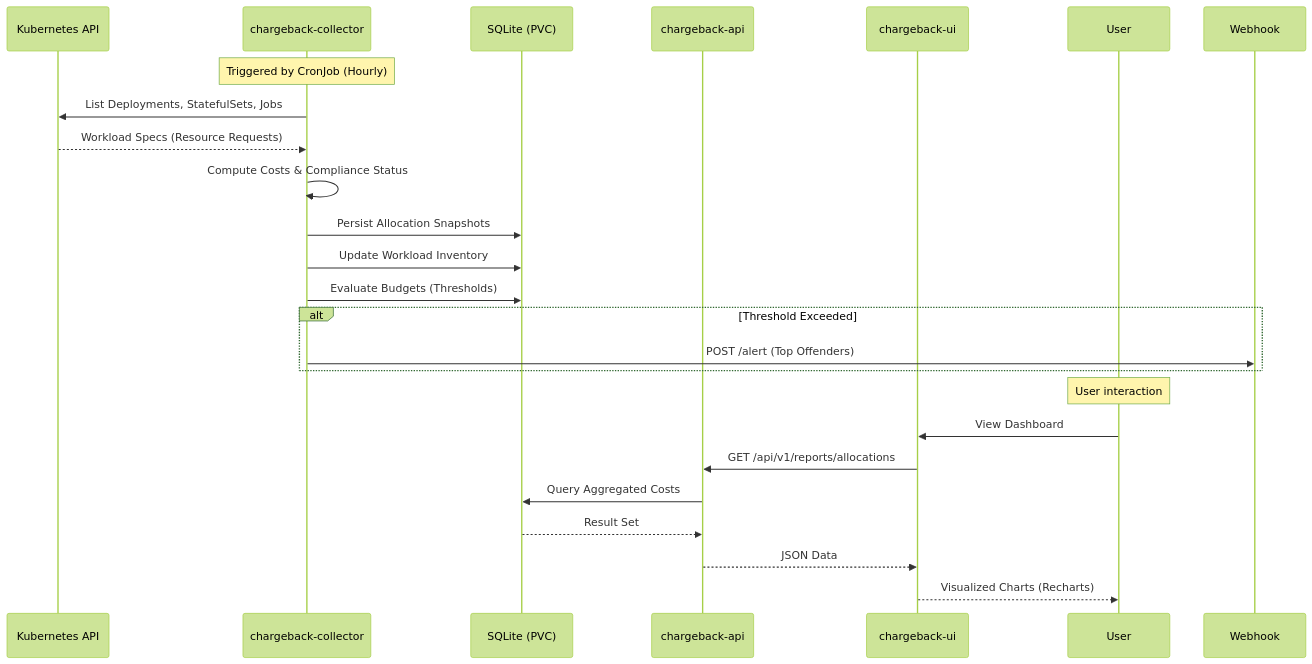
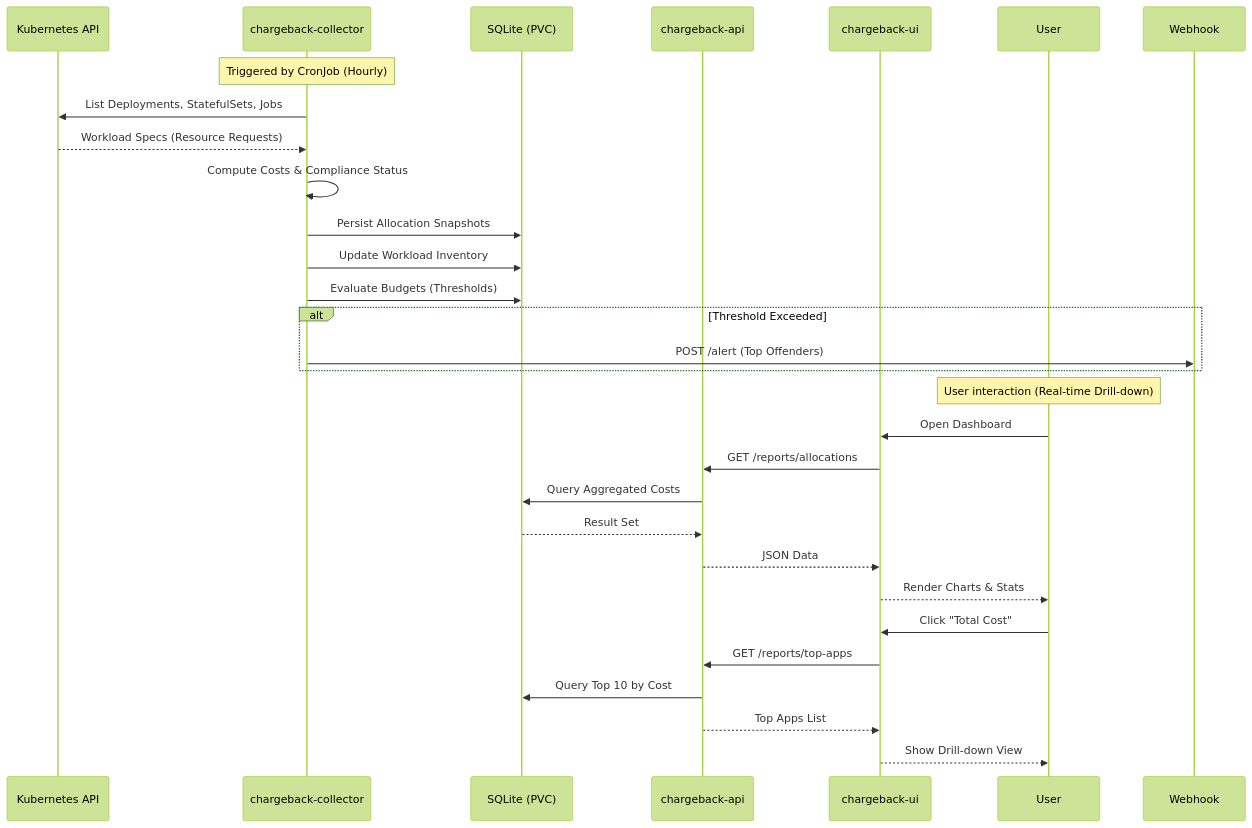
One commit to dawidbera/kube-chargeback changed the second of 2 diagrams in README.md. Above: the diagram before and after it, drawn with Mermaid (forest theme). The commit also changed other lines of this file and 10 other files, not shown here.

````diff
--- a/README.md
+++ b/README.md
@@ -38,29 +38,35 @@
 ```mermaid
 sequenceDiagram
     participant K8s as Kubernetes API
     participant Coll as chargeback-collector
     participant DB as SQLite (PVC)
     participant API as chargeback-api
     participant UI as chargeback-ui
     participant User as User
 
     Note over Coll: Triggered by CronJob (Hourly)
     Coll->>K8s: List Deployments, StatefulSets, Jobs
     K8s-->>Coll: Workload Specs (Resource Requests)
     Coll->>Coll: Compute Costs & Compliance Status
     Coll->>DB: Persist Allocation Snapshots
     Coll->>DB: Update Workload Inventory
     Coll->>DB: Evaluate Budgets (Thresholds)
     
     alt Threshold Exceeded
         Coll->>Webhook: POST /alert (Top Offenders)
     end
 
-    Note over User: User interaction
-    User->>UI: View Dashboard
-    UI->>API: GET /api/v1/reports/allocations
+    Note over User: User interaction (Real-time Drill-down)
+    User->>UI: Open Dashboard
+    UI->>API: GET /reports/allocations
     API->>DB: Query Aggregated Costs
     DB-->>API: Result Set
     API-->>UI: JSON Data
-    UI-->>User: Visualized Charts (Recharts)
+    UI-->>User: Render Charts & Stats
+
+    User->>UI: Click "Total Cost"
+    UI->>API: GET /reports/top-apps
+    API->>DB: Query Top 10 by Cost
+    API-->>UI: Top Apps List
+    UI-->>User: Show Drill-down View
 ```
````
